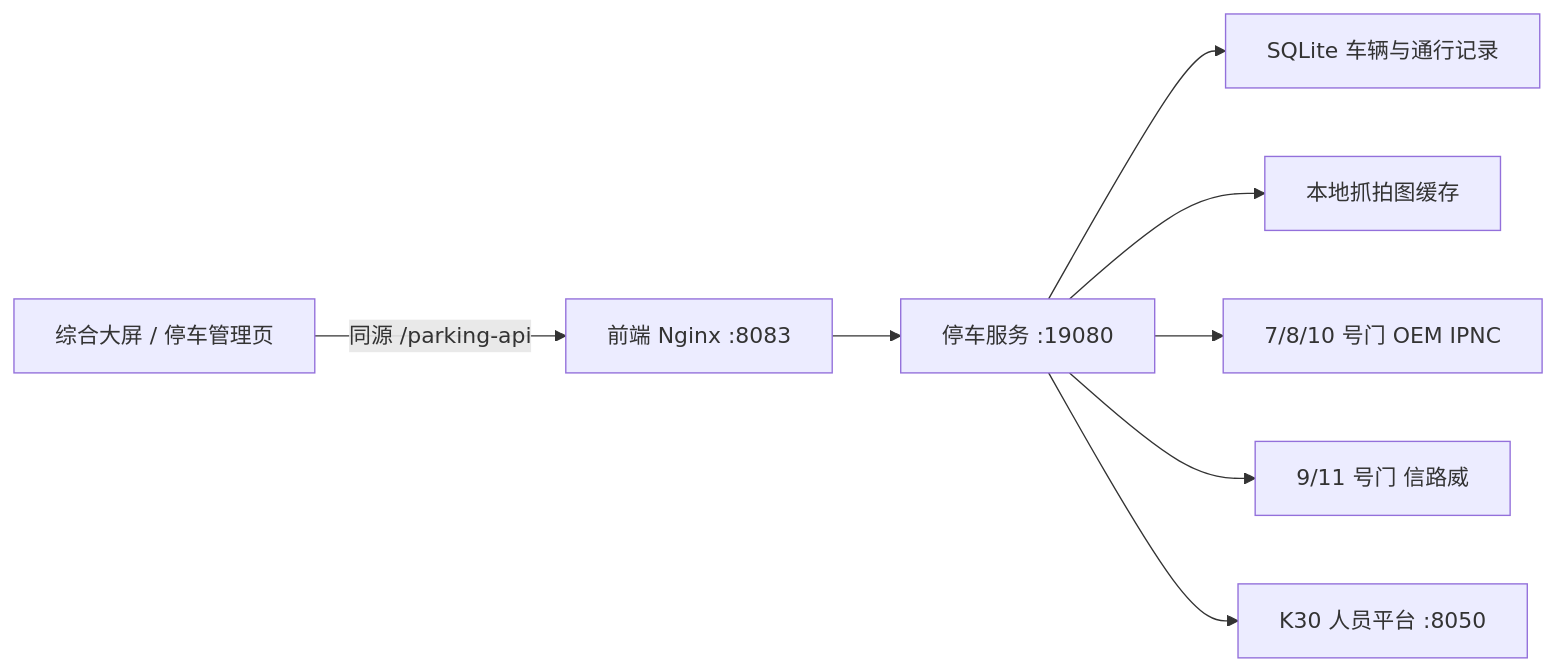
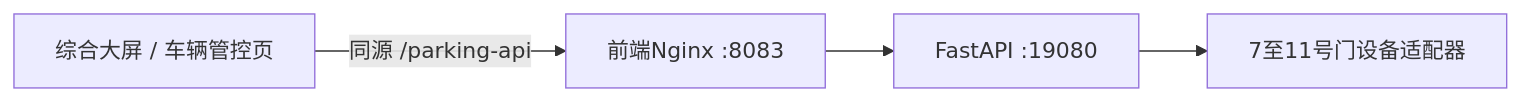
Before and after one commit to yyh111222333/NgDataTwinFrontedDemo: the diagram in docs/parking-system.md, drawn with Mermaid. The commit also changed other lines of this file and 33 other files, not shown here.

````diff
--- a/docs/parking-system.md
+++ b/docs/parking-system.md
@@ -5,10 +8,6 @@
 ```mermaid
 flowchart LR
-  UI["综合大屏 / 停车管理页"] -->|"同源 /parking-api"| NG["前端 Nginx :8083"]
-  NG --> API["停车服务 :19080"]
-  API --> DB["SQLite 车辆与通行记录"]
-  API --> IMG["本地抓拍图缓存"]
-  API --> OEM["7/8/10 号门 OEM IPNC"]
-  API --> SW["9/11 号门 信路威"]
-  API --> K30["K30 人员平台 :8050"]
+  UI["综合大屏 / 车辆管控页"] -->|"同源 /parking-api"| NG["前端Nginx :8083"]
+  NG --> API["FastAPI :19080"]
+  API --> DEV["7至11号门设备适配器"]
 ```
````
